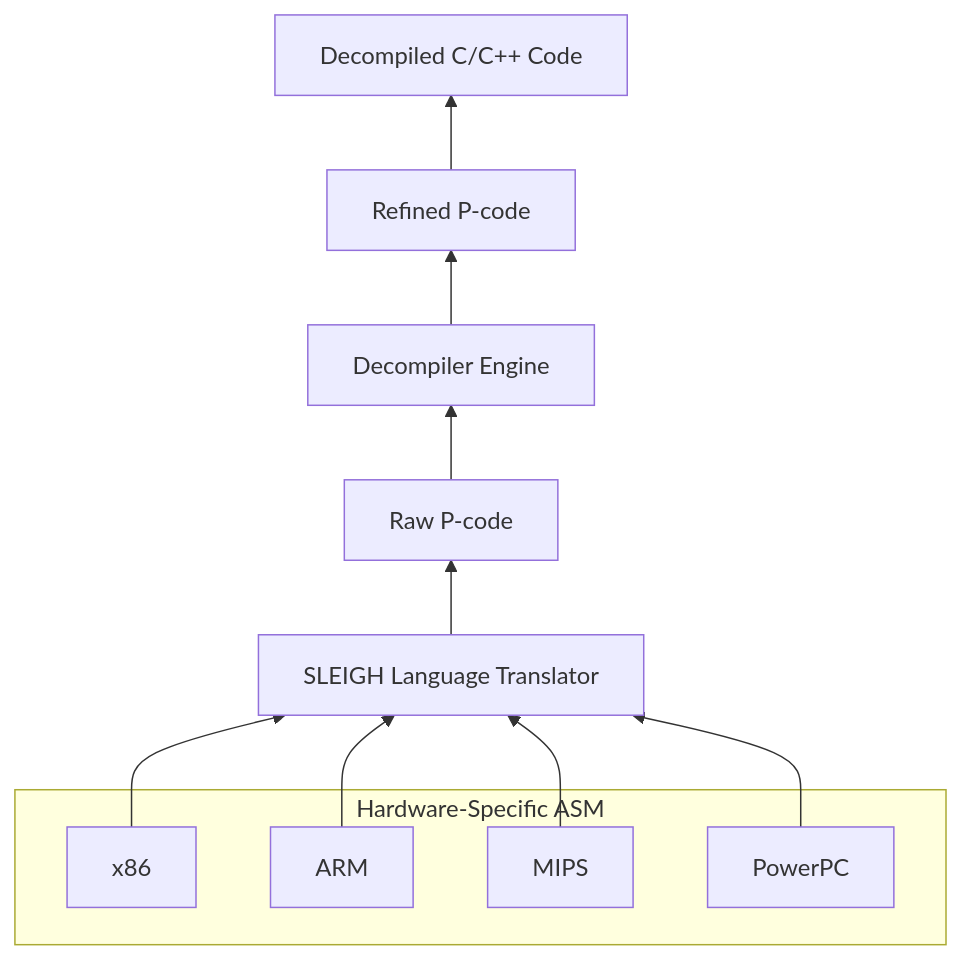
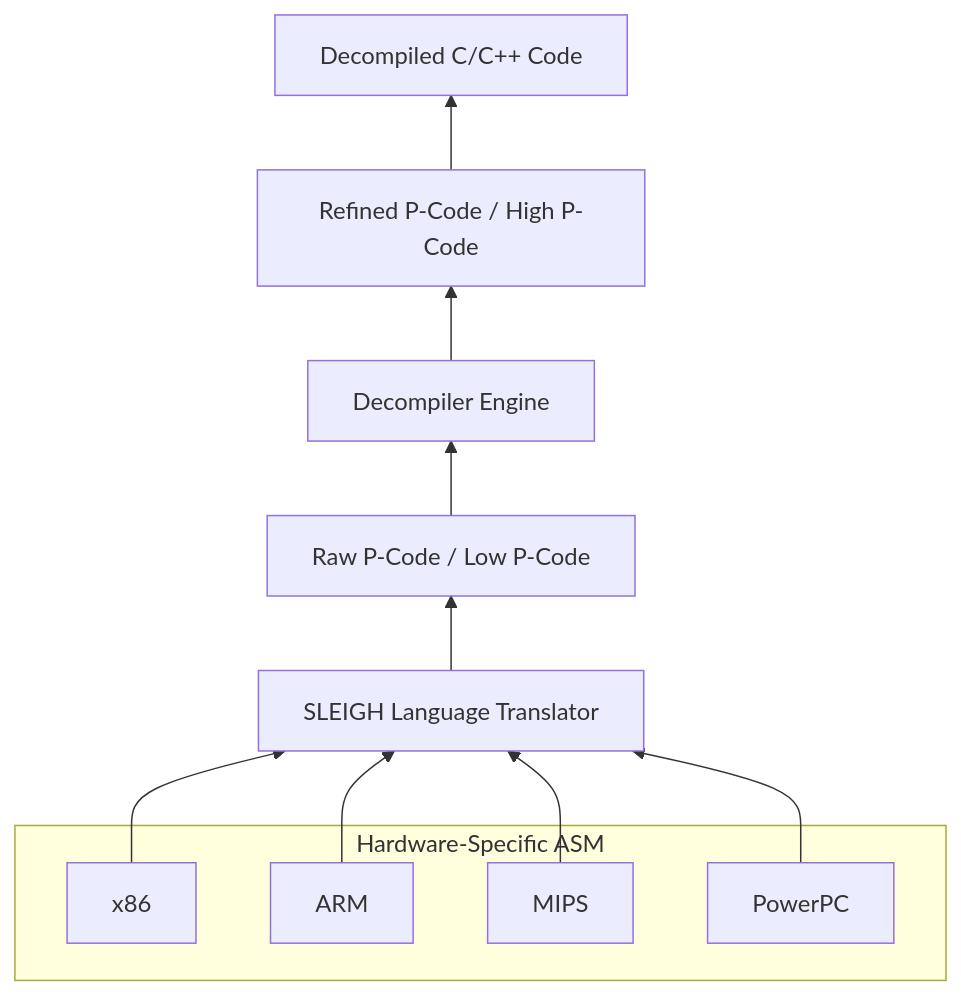
The diagram in lecture_notes_summer_2025/pcodes.md (jzhang369/CEG7420), drawn with Mermaid before and after one commit. The commit also changed other lines of this file, not shown here.

````diff
--- a/lecture_notes_summer_2025/pcodes.md
+++ b/lecture_notes_summer_2025/pcodes.md
@@ -49,24 +49,24 @@
 ```mermaid
 graph BT
     subgraph ASM[Hardware-Specific ASM]
         A1[x86]
         A2[ARM]
         A3[MIPS]
         A4[PowerPC]
     end
 
     B[SLEIGH Language Translator]
-    C[Raw P-code]
+    C[Raw P-Code / Low P-Code]
     D[Decompiler Engine]
-    E[Refined P-code]
+    E[Refined P-Code / High P-Code]
     F[Decompiled C/C++ Code]
 
     A1 --> B
     A2 --> B
     A3 --> B
     A4 --> B
     B --> C
     C --> D
     D --> E
     E --> F
 ```
````
